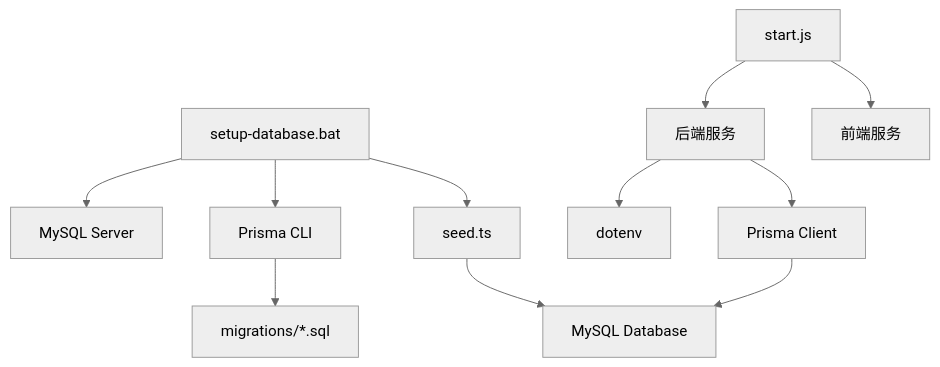
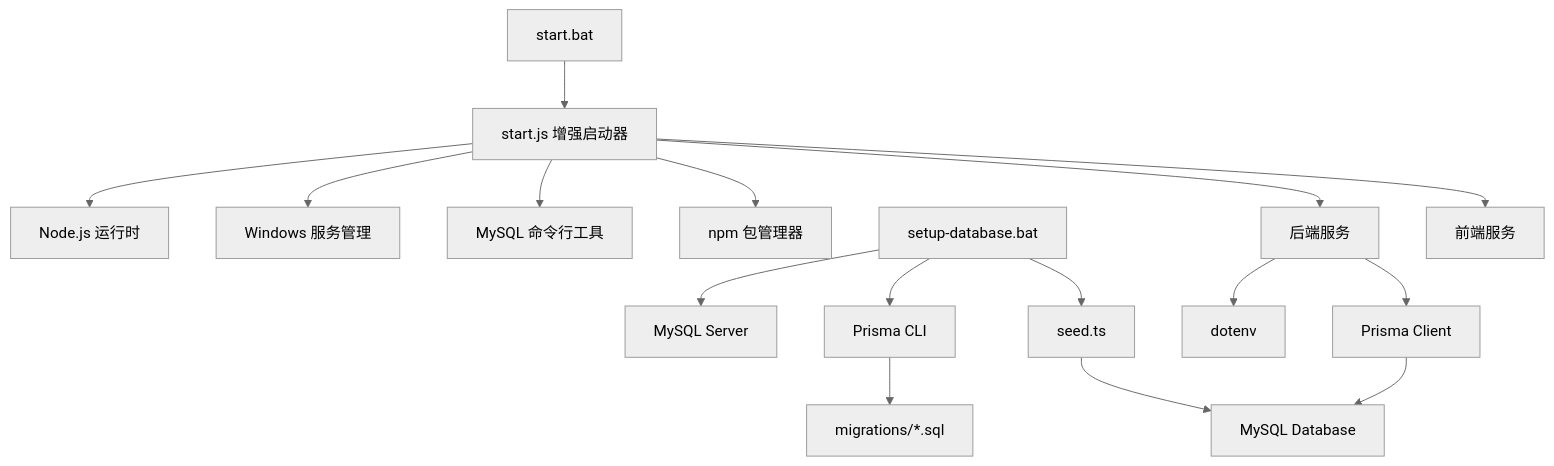
The ninth of 9 diagrams in .qoder/repowiki/zh/content/开发指南/数据库设置自动化脚本.md (xianjianshenqu/SalesFlow-CRM), drawn with Mermaid (neutral theme) before and after one commit. The commit also changed other lines of this file and 2 other files, not shown here.

````diff
--- a/.qoder/repowiki/zh/content/开发指南/数据库设置自动化脚本.md
+++ b/.qoder/repowiki/zh/content/开发指南/数据库设置自动化脚本.md
@@ -282,13 +351,18 @@
 ```mermaid
 graph TB
+StartJS["start.js 增强启动器"] --> NodeJS["Node.js 运行时"]
+StartJS --> WindowsSvc["Windows 服务管理"]
+StartJS --> MySQLCLI["MySQL 命令行工具"]
+StartJS --> NPM["npm 包管理器"]
 Setup["setup-database.bat"] --> MySQL["MySQL Server"]
 Setup --> PrismaCLI["Prisma CLI"]
 Setup --> SeedTS["seed.ts"]
 PrismaCLI --> Migrations["migrations/*.sql"]
 SeedTS --> DB["MySQL Database"]
 Backend["后端服务"] --> Dotenv["dotenv"]
 Backend --> PrismaClient["Prisma Client"]
 PrismaClient --> DB
-StartJS["start.js"] --> Backend
+StartJS --> Backend
 StartJS --> Frontend["前端服务"]
+StartBat["start.bat"] --> StartJS
 ```
````
